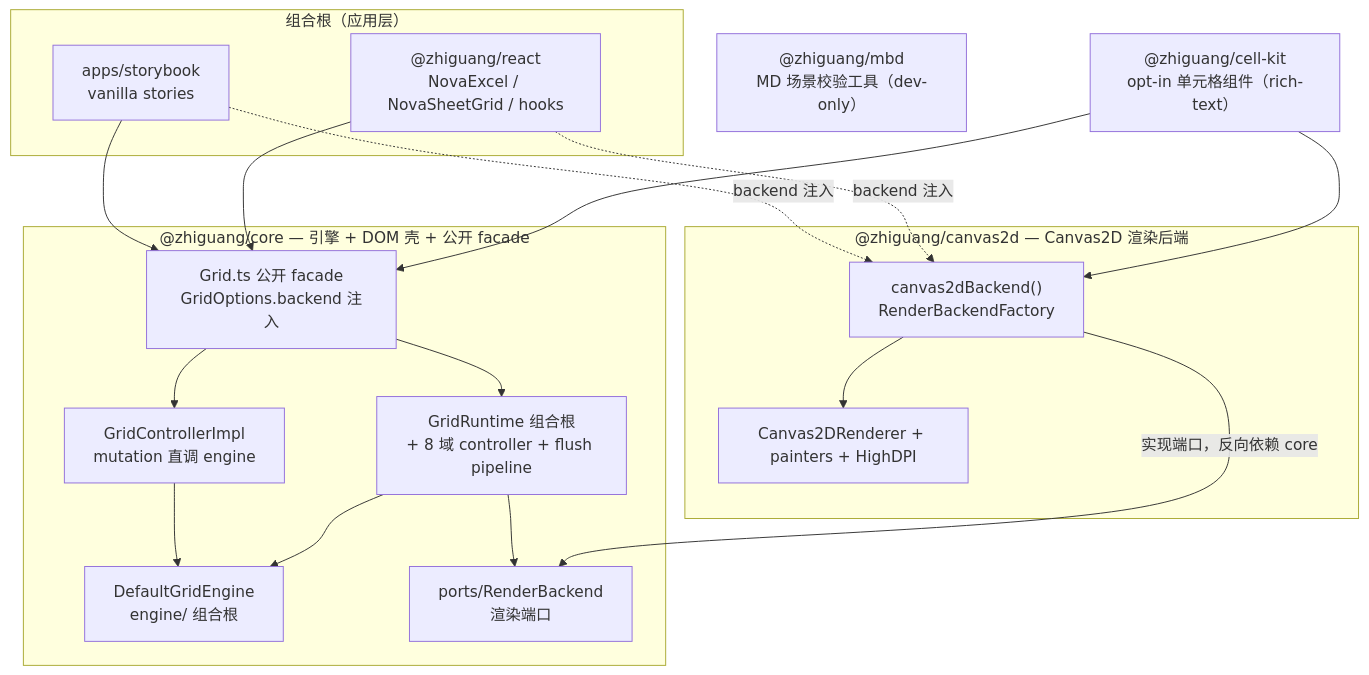
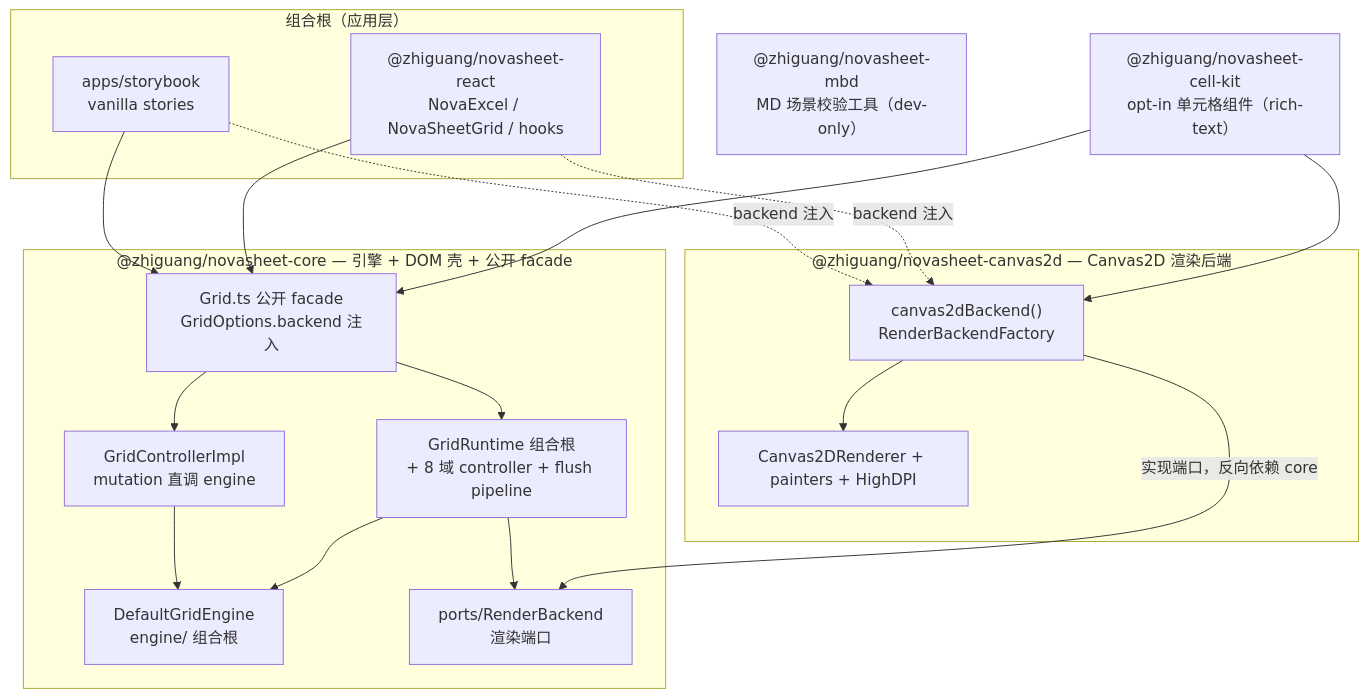
The first of 4 diagrams in docs/architecture.md (r1005410078/NovaSheet), drawn with Mermaid before and after one commit. The commit also changed other lines of this file and 221 other files, not shown here.

````diff
--- a/docs/architecture.md
+++ b/docs/architecture.md
@@ -12,36 +12,36 @@
 ```mermaid
 flowchart TB
   subgraph Apps["组合根（应用层）"]
     SB["apps/storybook<br/>vanilla stories"]
-    React["@zhiguang/react<br/>NovaExcel / NovaSheetGrid / hooks"]
+    React["@zhiguang/novasheet-react<br/>NovaExcel / NovaSheetGrid / hooks"]
   end
 
-  subgraph CoreP["@zhiguang/core — 引擎 + DOM 壳 + 公开 facade"]
+  subgraph CoreP["@zhiguang/novasheet-core — 引擎 + DOM 壳 + 公开 facade"]
     Grid["Grid.ts 公开 facade<br/>GridOptions.backend 注入"]
     Ctl["GridControllerImpl<br/>mutation 直调 engine"]
     RT["GridRuntime 组合根<br/>+ 8 域 controller + flush pipeline"]
     Engine["DefaultGridEngine<br/>engine/ 组合根"]
     Port["ports/RenderBackend<br/>渲染端口"]
     Grid --> Ctl --> Engine
     Grid --> RT
     RT --> Engine
     RT --> Port
   end
 
-  subgraph C2D["@zhiguang/canvas2d — Canvas2D 渲染后端"]
+  subgraph C2D["@zhiguang/novasheet-canvas2d — Canvas2D 渲染后端"]
     Backend["canvas2dBackend()<br/>RenderBackendFactory"]
     Renderer["Canvas2DRenderer + painters + HighDPI"]
     Backend --> Renderer
   end
 
-  CellKit["@zhiguang/cell-kit<br/>opt-in 单元格组件（rich-text）"]
-  MBD["@zhiguang/mbd<br/>MD 场景校验工具（dev-only）"]
+  CellKit["@zhiguang/novasheet-cell-kit<br/>opt-in 单元格组件（rich-text）"]
+  MBD["@zhiguang/novasheet-mbd<br/>MD 场景校验工具（dev-only）"]
 
   SB --> Grid
   React --> Grid
   SB -.->|"backend 注入"| Backend
   React -.->|"backend 注入"| Backend
   Backend -->|"实现端口，反向依赖 core"| Port
   CellKit --> Grid
   CellKit --> Backend
 ```
````
